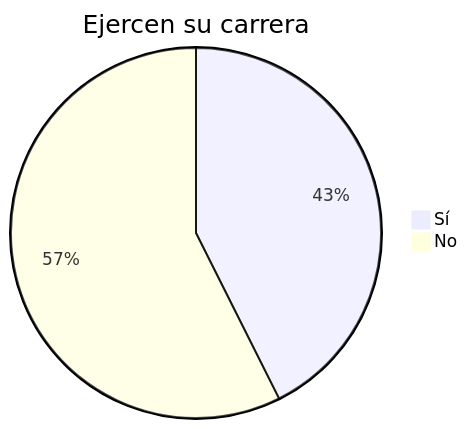
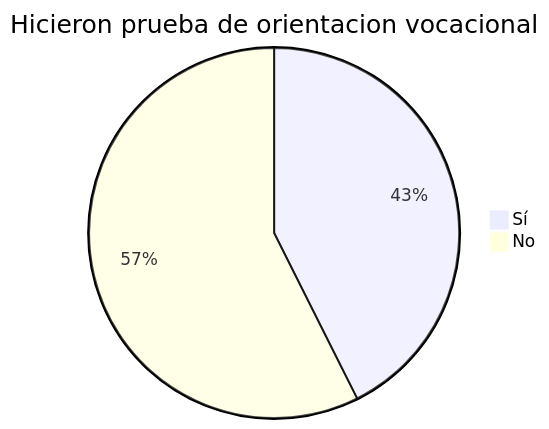
One commit to conecta-clanes/my-website changed the sixth of 7 diagrams in docs/propuestas/pps.md. Above: the diagram before and after it, drawn with Mermaid.

Commit message:
AZC-007 fix grafica estudio
AZC-007 fix grafica estudio

````diff
--- a/docs/propuestas/pps.md
+++ b/docs/propuestas/pps.md
@@ -88,5 +88,5 @@
 ```mermaid
-pie title Ejercen su carrera
+pie title Hicieron prueba de orientacion vocacional
 "Sí" : 42.6
 "No" : 57.4
 ```
````
